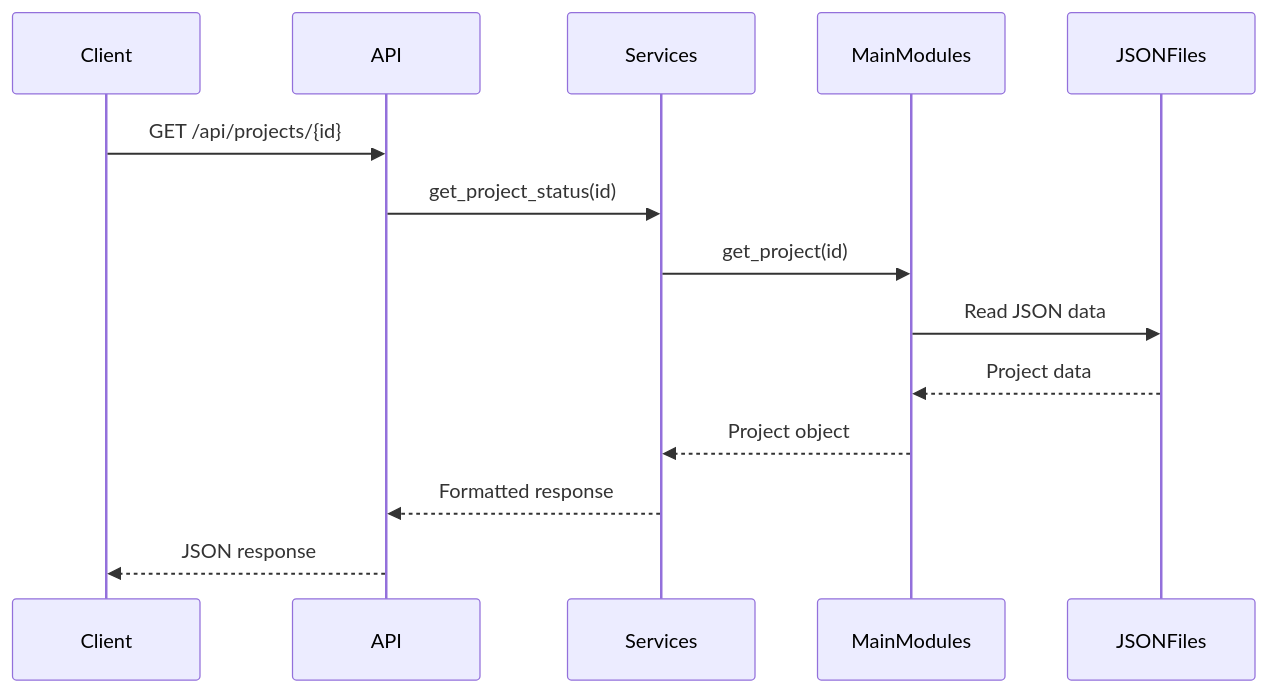
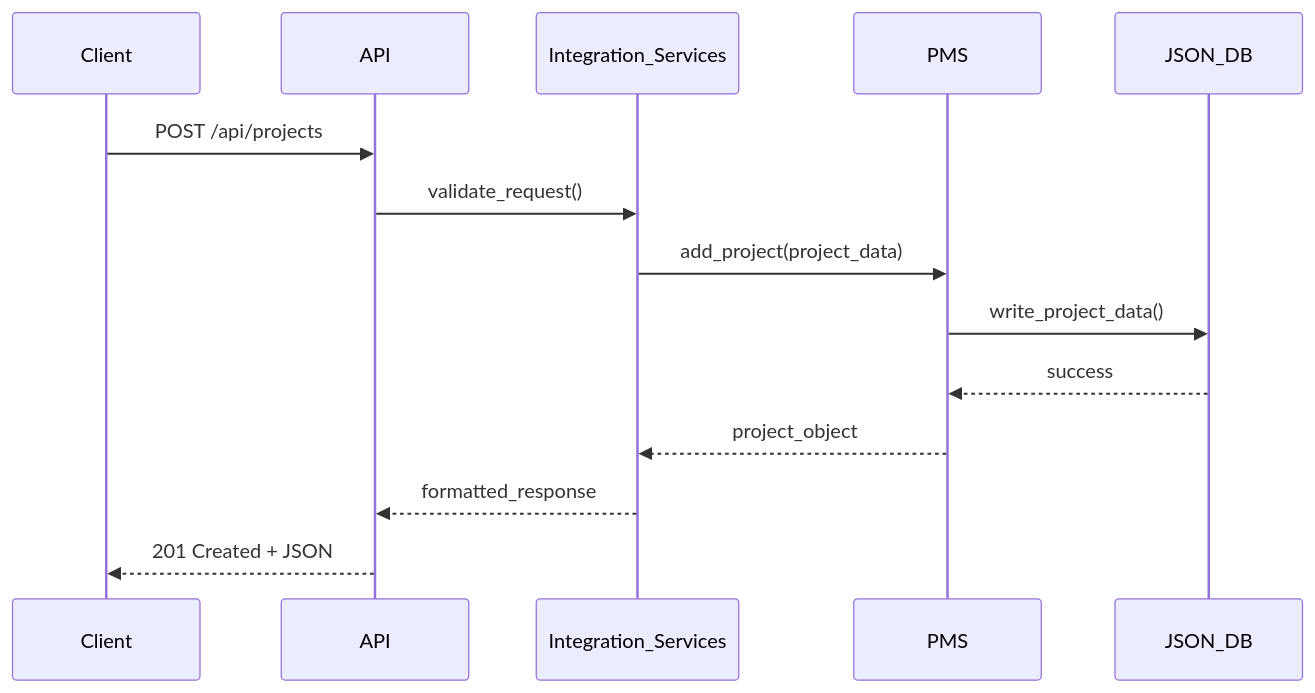
The third of 3 diagrams in Docs/entire_project/architecture.md (Shakour-Data/AutoProjectManagement), drawn with Mermaid before and after one commit. The commit also changed other lines of this file, not shown here.

````diff
--- a/Docs/entire_project/architecture.md
+++ b/Docs/entire_project/architecture.md
@@ -124,17 +240,17 @@
 ```mermaid
 sequenceDiagram
     participant Client
     participant API
-    participant Services
-    participant MainModules
-    participant JSONFiles
-
-    Client->>API: GET /api/projects/{id}
-    API->>Services: get_project_status(id)
-    Services->>MainModules: get_project(id)
-    MainModules->>JSONFiles: Read JSON data
-    JSONFiles-->>MainModules: Project data
-    MainModules-->>Services: Project object
-    Services-->>API: Formatted response
-    API-->>Client: JSON response
+    participant Integration_Services
+    participant PMS
+    participant JSON_DB
+    
+    Client->>API: POST /api/projects
+    API->>Integration_Services: validate_request()
+    Integration_Services->>PMS: add_project(project_data)
+    PMS->>JSON_DB: write_project_data()
+    JSON_DB-->>PMS: success
+    PMS-->>Integration_Services: project_object
+    Integration_Services-->>API: formatted_response
+    API-->>Client: 201 Created + JSON
 ```
````
